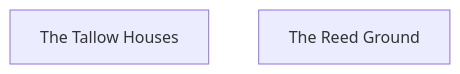
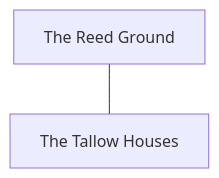
Before and after one commit to rstevenson1237/setting_builder: the diagram in build/diagrams/T3_R01.md, drawn with Mermaid. The commit also changed 145 other files, not shown here.

First line of the commit message:
Step 10: the location graph, sources and typed exits

````diff
--- a/build/diagrams/T3_R01.md
+++ b/build/diagrams/T3_R01.md
@@ -1,7 +1,8 @@
 ```mermaid
 flowchart TD
 %% Tier 3. Region R01: the region-level containers inside it, binary edges.
 %% Derived by tools/mermaid_gen.py. Do not edit.
     C_THE_TALLOW_HOUSES["The Tallow Houses"]
     C_THE_REED_GROUND["The Reed Ground"]
+    C_THE_REED_GROUND --- C_THE_TALLOW_HOUSES
 ```
````
